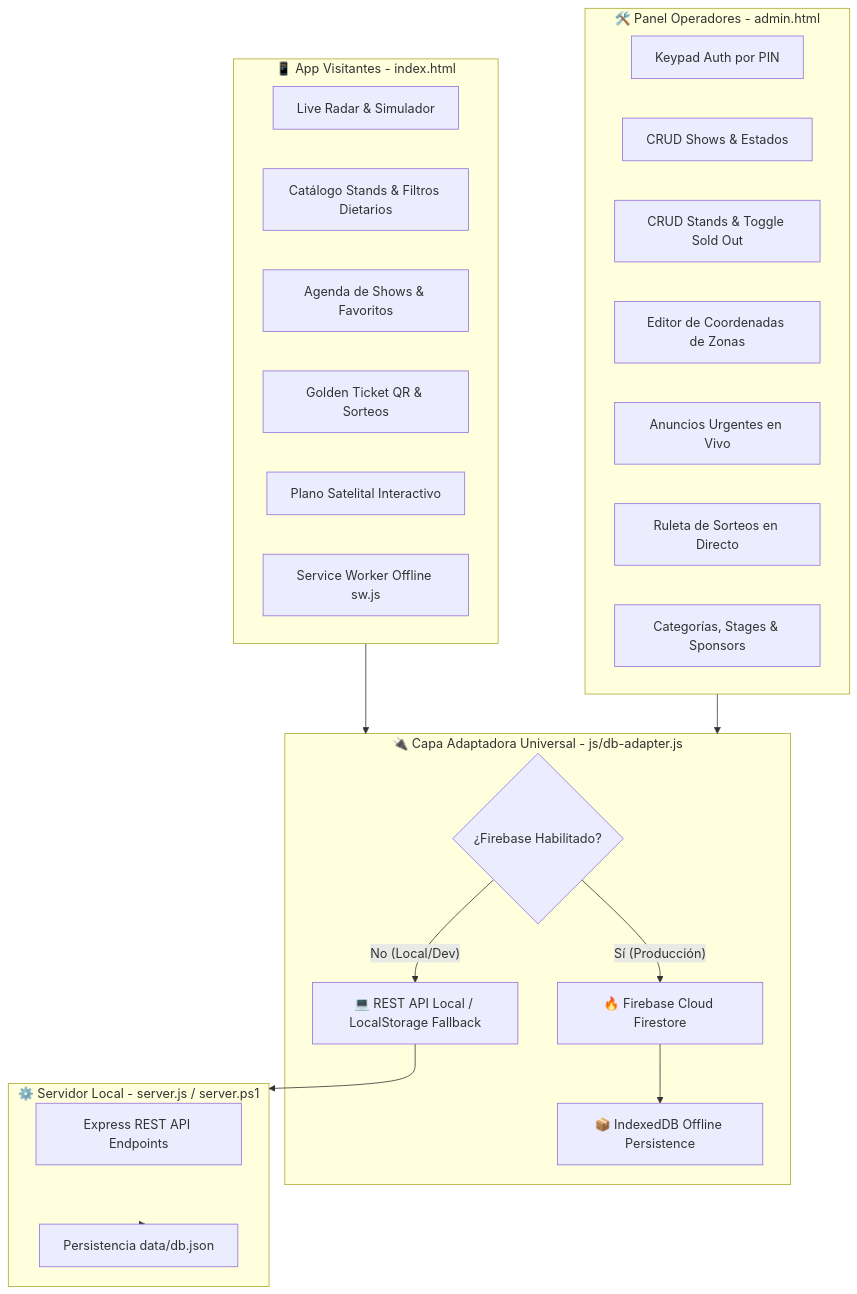
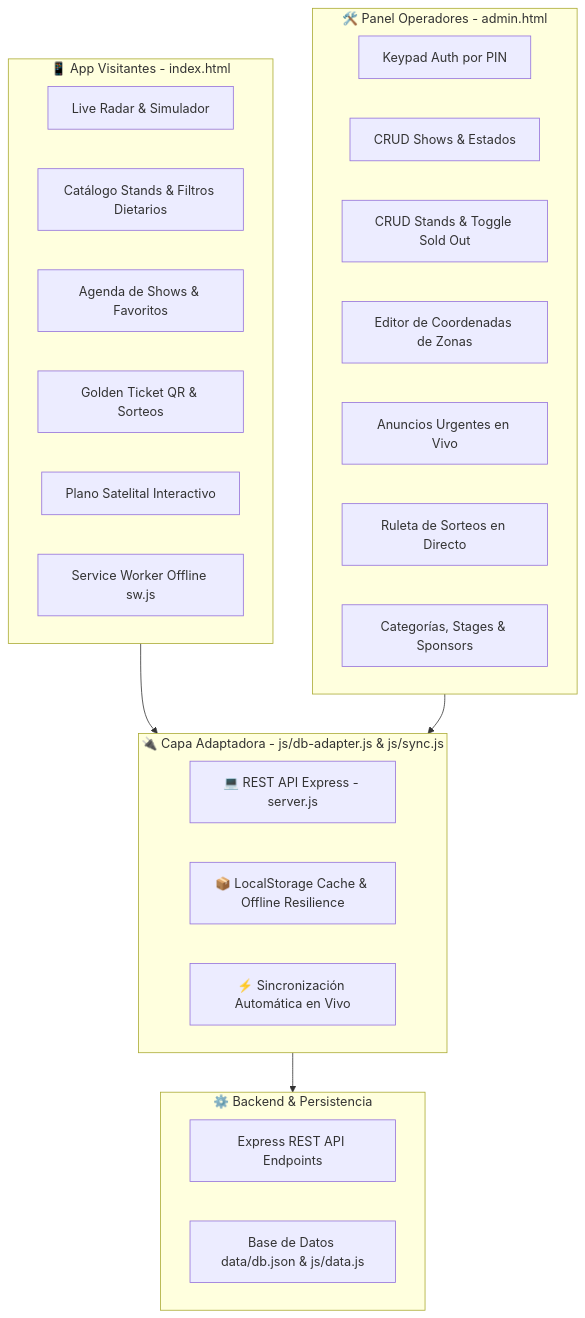
Before and after one commit to martinoterosj/ecogastrofest-2026: the diagram in PROJECT_CONTEXT.md, drawn with Mermaid. The commit also changed other lines of this file and 17 other files, not shown here.

````diff
--- a/PROJECT_CONTEXT.md
+++ b/PROJECT_CONTEXT.md
@@ -22,41 +22,36 @@
 ```mermaid
 graph TD
     subgraph Frontend_Cliente [📱 App Visitantes - index.html]
         A1[Live Radar & Simulador]
         A2[Catálogo Stands & Filtros Dietarios]
         A3[Agenda de Shows & Favoritos]
         A4[Golden Ticket QR & Sorteos]
         A5[Plano Satelital Interactivo]
         A6[Service Worker Offline sw.js]
     end
 
     subgraph Frontend_Admin [🛠️ Panel Operadores - admin.html]
         B1[Keypad Auth por PIN]
         B2[CRUD Shows & Estados]
         B3[CRUD Stands & Toggle Sold Out]
         B4[Editor de Coordenadas de Zonas]
         B5[Anuncios Urgentes en Vivo]
         B6[Ruleta de Sorteos en Directo]
         B7[Categorías, Stages & Sponsors]
     end
 
-    subgraph DB_Adapter [🔌 Capa Adaptadora Universal - js/db-adapter.js]
-        C1{¿Firebase Habilitado?}
-        C2[🔥 Firebase Cloud Firestore]
-        C3[📦 IndexedDB Offline Persistence]
-        C4[💻 REST API Local / LocalStorage Fallback]
+    subgraph DB_Adapter [🔌 Capa Adaptadora - js/db-adapter.js & js/sync.js]
+        C1[💻 REST API Express - server.js]
+        C2[📦 LocalStorage Cache & Offline Resilience]
+        C3[⚡ Sincronización Automática en Vivo]
     end
 
-    subgraph Backend_Local [⚙️ Servidor Local - server.js / server.ps1]
+    subgraph Backend_Local [⚙️ Backend & Persistencia]
         D1[Express REST API Endpoints]
-        D2[Persistencia data/db.json]
+        D2[Base de Datos data/db.json & js/data.js]
     end
 
     Frontend_Cliente --> DB_Adapter
     Frontend_Admin --> DB_Adapter
-    C1 -- Sí (Producción) --> C2
-    C2 --> C3
-    C1 -- No (Local/Dev) --> C4
-    C4 --> Backend_Local
-    Backend_Local --> D2
+    DB_Adapter --> Backend_Local
 ```
````
